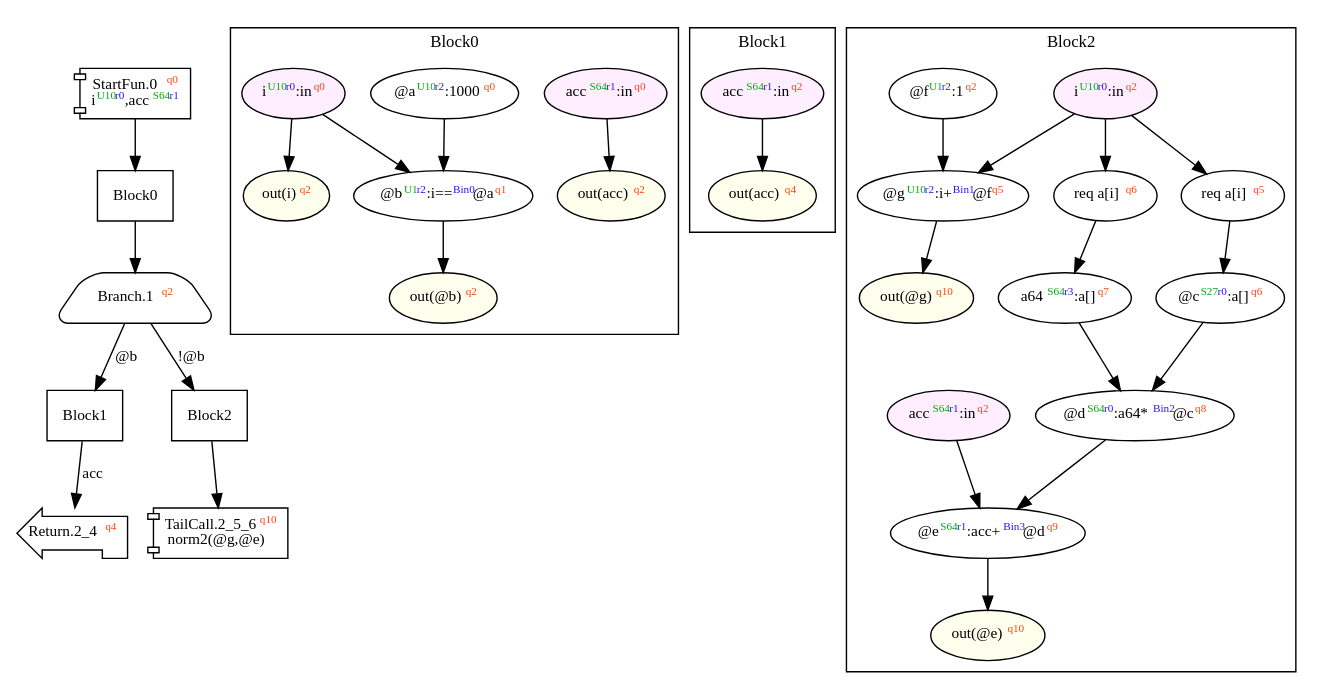
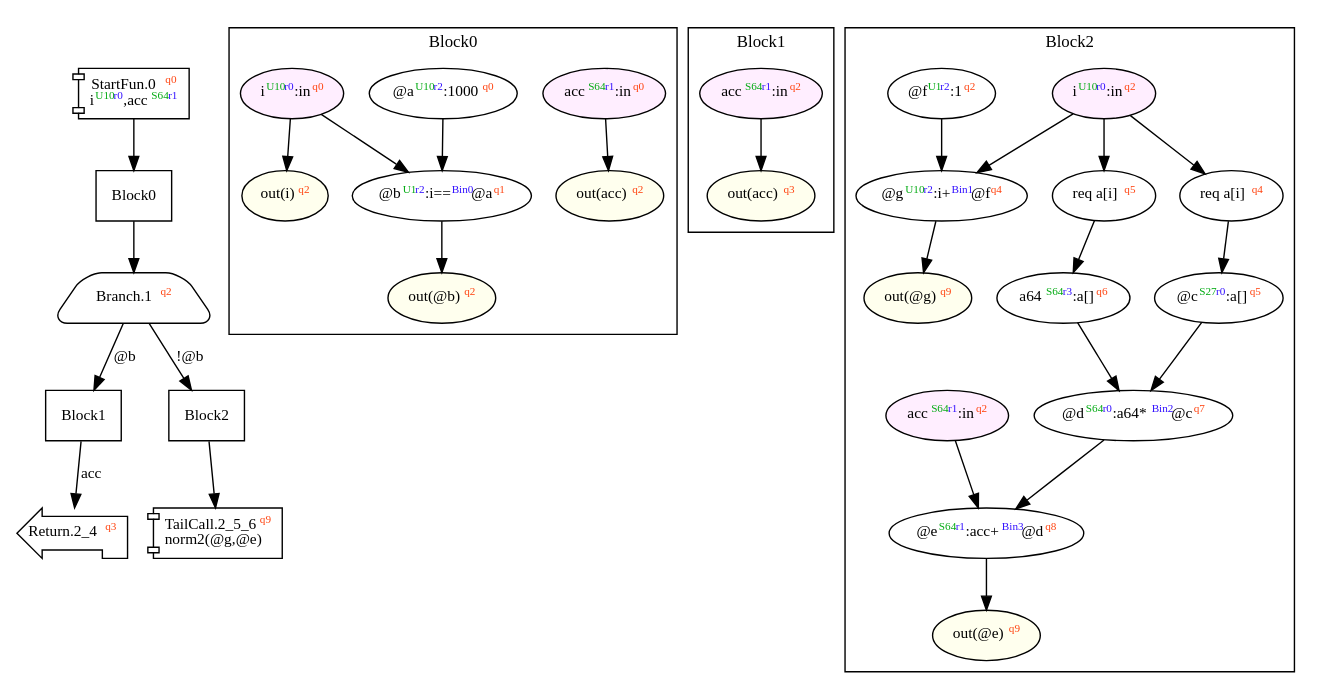
The diagram in dist/norm2.dot (akouryy/SyntheScala), drawn with Graphviz before and after one commit. The commit also changed 30 other files, not shown here.

```diff
--- a/dist/norm2.dot
+++ b/dist/norm2.dot
@@ -1,72 +1,72 @@
 digraph Program_ {
   graph [fontname = "Monaco", fontsize = 12, ranksep = 0.5];
   node [shape = box, fontname = "Monaco", fontsize = 11; colorscheme = pastel19];
   edge [fontname = "Monaco", fontsize = 11; colorscheme = pastel19];
   Jump0[label = <StartFun.0<font color="#ff4411" point-size="8"><sup>q0</sup></font><br/>i<font color="#00aa11" point-size="8"><sup>U10</sup></font><font color="#3311ff" point-size="8"><sup>r0</sup></font>,acc<font color="#00aa11" point-size="8"><sup>S64</sup></font><font color="#3311ff" point-size="8"><sup>r1</sup></font>>; shape = component];
   Jump0 -> Block0;
   Jump1[
     label = <Branch.1<font color="#ff4411" point-size="8"><sup>q2</sup></font>>;
     shape = trapezium; style = rounded;
   ];
   Block0 -> Jump1;
   Jump1 -> Block1 [label="@b"];
   Jump1 -> Block2 [label="!@b"];
-  Jump2_4[label = <Return.2_4<font color="#ff4411" point-size="8"><sup>q4</sup></font>>; shape = lpromoter];
+  Jump2_4[label = <Return.2_4<font color="#ff4411" point-size="8"><sup>q3</sup></font>>; shape = lpromoter];
   Block1 -> Jump2_4 [label="acc"];
-  Jump2_5_6[label = <TailCall.2_5_6<font color="#ff4411" point-size="8"><sup>q10</sup></font><br/>norm2(@g,@e)>; shape = component];
+  Jump2_5_6[label = <TailCall.2_5_6<font color="#ff4411" point-size="8"><sup>q9</sup></font><br/>norm2(@g,@e)>; shape = component];
   Block2 -> Jump2_5_6;
   Block0 [label = "Block0"];
   Block1 [label = "Block1"];
   Block2 [label = "Block2"];
   subgraph cluster_dfg_Block0 {
     node [shape = oval];
     label = "Block0";
     0 [label=<@a<font color="#00aa11" point-size="8"><sup>U10</sup></font><font color="#3311ff" point-size="8"><sup>r2</sup></font>:1000<font color="#ff4411" point-size="8"><sup>q0</sup></font>>; ];
     20 [label=<out(acc)<font color="#ff4411" point-size="8"><sup>q2</sup></font>>; style="filled"; fillcolor="#ffffee";];
     1 [label=<@b<font color="#00aa11" point-size="8"><sup>U1</sup></font><font color="#3311ff" point-size="8"><sup>r2</sup></font>:i==<font color="#3311ff" point-size="8"><sup>Bin0</sup></font>@a<font color="#ff4411" point-size="8"><sup>q1</sup></font>>; ];
     21 [label=<out(i)<font color="#ff4411" point-size="8"><sup>q2</sup></font>>; style="filled"; fillcolor="#ffffee";];
     22 [label=<out(@b)<font color="#ff4411" point-size="8"><sup>q2</sup></font>>; style="filled"; fillcolor="#ffffee";];
     18 [label=<acc<font color="#00aa11" point-size="8"><sup>S64</sup></font><font color="#3311ff" point-size="8"><sup>r1</sup></font>:in<font color="#ff4411" point-size="8"><sup>q0</sup></font>>; style="filled"; fillcolor="#ffeeff";];
     19 [label=<i<font color="#00aa11" point-size="8"><sup>U10</sup></font><font color="#3311ff" point-size="8"><sup>r0</sup></font>:in<font color="#ff4411" point-size="8"><sup>q0</sup></font>>; style="filled"; fillcolor="#ffeeff";];
     0 -> 1;
     1 -> 22;
     18 -> 20;
     19 -> 1;
     19 -> 21;
   }
   subgraph cluster_dfg_Block1 {
     node [shape = oval];
     label = "Block1";
     13 [label=<acc<font color="#00aa11" point-size="8"><sup>S64</sup></font><font color="#3311ff" point-size="8"><sup>r1</sup></font>:in<font color="#ff4411" point-size="8"><sup>q2</sup></font>>; style="filled"; fillcolor="#ffeeff";];
-    14 [label=<out(acc)<font color="#ff4411" point-size="8"><sup>q4</sup></font>>; style="filled"; fillcolor="#ffffee";];
+    14 [label=<out(acc)<font color="#ff4411" point-size="8"><sup>q3</sup></font>>; style="filled"; fillcolor="#ffffee";];
     13 -> 14;
   }
   subgraph cluster_dfg_Block2 {
     node [shape = oval];
     label = "Block2";
-    5 [label=<@c<font color="#00aa11" point-size="8"><sup>S27</sup></font><font color="#3311ff" point-size="8"><sup>r0</sup></font>:a[]<font color="#ff4411" point-size="8"><sup>q6</sup></font>>; ];
-    24 [label=<out(@e)<font color="#ff4411" point-size="8"><sup>q10</sup></font>>; style="filled"; fillcolor="#ffffee";];
-    6 [label=<@d<font color="#00aa11" point-size="8"><sup>S64</sup></font><font color="#3311ff" point-size="8"><sup>r0</sup></font>:a64*<font color="#3311ff" point-size="8"><sup>Bin2</sup></font>@c<font color="#ff4411" point-size="8"><sup>q8</sup></font>>; ];
-    9 [label=<@g<font color="#00aa11" point-size="8"><sup>U10</sup></font><font color="#3311ff" point-size="8"><sup>r2</sup></font>:i+<font color="#3311ff" point-size="8"><sup>Bin1</sup></font>@f<font color="#ff4411" point-size="8"><sup>q5</sup></font>>; ];
-    2 [label=<req a[i]<font color="#ff4411" point-size="8"><sup>q6</sup></font>>; ];
-    7 [label=<@e<font color="#00aa11" point-size="8"><sup>S64</sup></font><font color="#3311ff" point-size="8"><sup>r1</sup></font>:acc+<font color="#3311ff" point-size="8"><sup>Bin3</sup></font>@d<font color="#ff4411" point-size="8"><sup>q9</sup></font>>; ];
-    3 [label=<a64<font color="#00aa11" point-size="8"><sup>S64</sup></font><font color="#3311ff" point-size="8"><sup>r3</sup></font>:a[]<font color="#ff4411" point-size="8"><sup>q7</sup></font>>; ];
+    5 [label=<@c<font color="#00aa11" point-size="8"><sup>S27</sup></font><font color="#3311ff" point-size="8"><sup>r0</sup></font>:a[]<font color="#ff4411" point-size="8"><sup>q5</sup></font>>; ];
+    24 [label=<out(@e)<font color="#ff4411" point-size="8"><sup>q9</sup></font>>; style="filled"; fillcolor="#ffffee";];
+    6 [label=<@d<font color="#00aa11" point-size="8"><sup>S64</sup></font><font color="#3311ff" point-size="8"><sup>r0</sup></font>:a64*<font color="#3311ff" point-size="8"><sup>Bin2</sup></font>@c<font color="#ff4411" point-size="8"><sup>q7</sup></font>>; ];
+    9 [label=<@g<font color="#00aa11" point-size="8"><sup>U10</sup></font><font color="#3311ff" point-size="8"><sup>r2</sup></font>:i+<font color="#3311ff" point-size="8"><sup>Bin1</sup></font>@f<font color="#ff4411" point-size="8"><sup>q4</sup></font>>; ];
+    2 [label=<req a[i]<font color="#ff4411" point-size="8"><sup>q5</sup></font>>; ];
+    7 [label=<@e<font color="#00aa11" point-size="8"><sup>S64</sup></font><font color="#3311ff" point-size="8"><sup>r1</sup></font>:acc+<font color="#3311ff" point-size="8"><sup>Bin3</sup></font>@d<font color="#ff4411" point-size="8"><sup>q8</sup></font>>; ];
+    3 [label=<a64<font color="#00aa11" point-size="8"><sup>S64</sup></font><font color="#3311ff" point-size="8"><sup>r3</sup></font>:a[]<font color="#ff4411" point-size="8"><sup>q6</sup></font>>; ];
     16 [label=<i<font color="#00aa11" point-size="8"><sup>U10</sup></font><font color="#3311ff" point-size="8"><sup>r0</sup></font>:in<font color="#ff4411" point-size="8"><sup>q2</sup></font>>; style="filled"; fillcolor="#ffeeff";];
-    23 [label=<out(@g)<font color="#ff4411" point-size="8"><sup>q10</sup></font>>; style="filled"; fillcolor="#ffffee";];
+    23 [label=<out(@g)<font color="#ff4411" point-size="8"><sup>q9</sup></font>>; style="filled"; fillcolor="#ffffee";];
     8 [label=<@f<font color="#00aa11" point-size="8"><sup>U1</sup></font><font color="#3311ff" point-size="8"><sup>r2</sup></font>:1<font color="#ff4411" point-size="8"><sup>q2</sup></font>>; ];
-    4 [label=<req a[i]<font color="#ff4411" point-size="8"><sup>q5</sup></font>>; ];
+    4 [label=<req a[i]<font color="#ff4411" point-size="8"><sup>q4</sup></font>>; ];
     15 [label=<acc<font color="#00aa11" point-size="8"><sup>S64</sup></font><font color="#3311ff" point-size="8"><sup>r1</sup></font>:in<font color="#ff4411" point-size="8"><sup>q2</sup></font>>; style="filled"; fillcolor="#ffeeff";];
     3 -> 6;
     5 -> 6;
     6 -> 7;
     7 -> 24;
     8 -> 9;
     9 -> 23;
     15 -> 7;
     16 -> 2;
     16 -> 4;
     16 -> 9;
     2 -> 3 [style = solid];
     4 -> 5 [style = solid];
   }
 }
```
